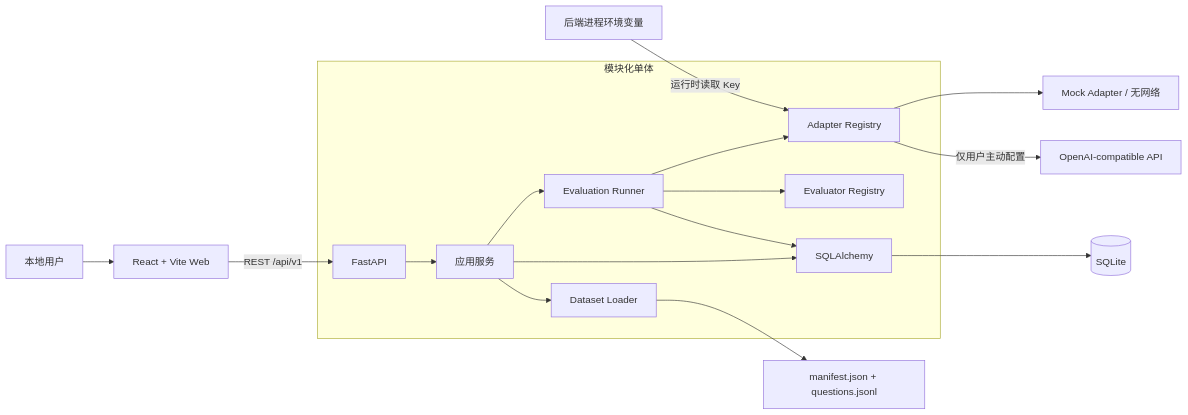
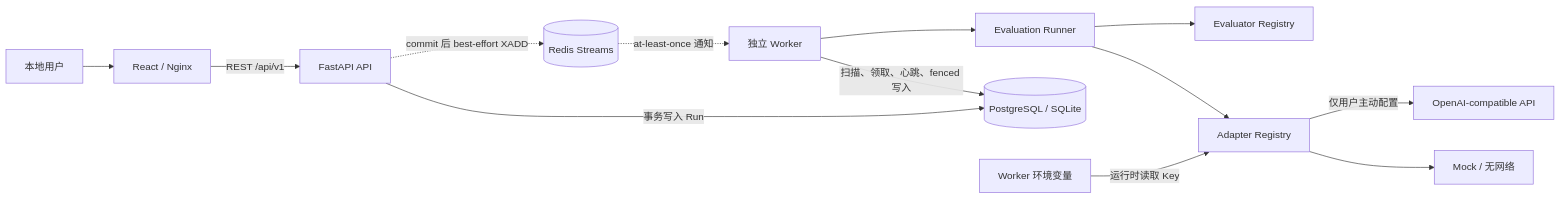
The diagram in README.md (CWNU-Open-Source-Community/LLMBenchLab), drawn with Mermaid before and after one commit. The commit also changed other lines of this file and 13 other files, not shown here.

````diff
--- a/README.md
+++ b/README.md
@@ -47,21 +50,15 @@
 ```mermaid
 flowchart LR
-    User[本地用户] --> Web[React + Vite Web]
-    Web -->|REST /api/v1| API[FastAPI]
-
-    subgraph Backend[模块化单体]
-        API --> Services[应用服务]
-        Services --> Loader[Dataset Loader]
-        Services --> Runner[Evaluation Runner]
-        Runner --> Adapters[Adapter Registry]
-        Runner --> Evaluators[Evaluator Registry]
-        Services --> ORM[SQLAlchemy]
-        Runner --> ORM
-    end
-
-    Loader --> Files[manifest.json + questions.jsonl]
-    ORM --> DB[(SQLite)]
-    Adapters --> Mock[Mock Adapter / 无网络]
+    User[本地用户] --> Web[React / Nginx]
+    Web -->|REST /api/v1| API[FastAPI API]
+    API -->|事务写入 Run| DB[(PostgreSQL / SQLite)]
+    API -.->|commit 后 best-effort XADD| Redis[(Redis Streams)]
+    Redis -.->|at-least-once 通知| Worker[独立 Worker]
+    Worker -->|扫描、领取、心跳、fenced 写入| DB
+    Worker --> Runner[Evaluation Runner]
+    Runner --> Adapters[Adapter Registry]
+    Runner --> Evaluators[Evaluator Registry]
+    Adapters --> Mock[Mock / 无网络]
     Adapters -->|仅用户主动配置| Provider[OpenAI-compatible API]
-    Env[后端进程环境变量] -->|运行时读取 Key| Adapters
+    WorkerEnv[Worker 环境变量] -->|运行时读取 Key| Adapters
 ```
````
